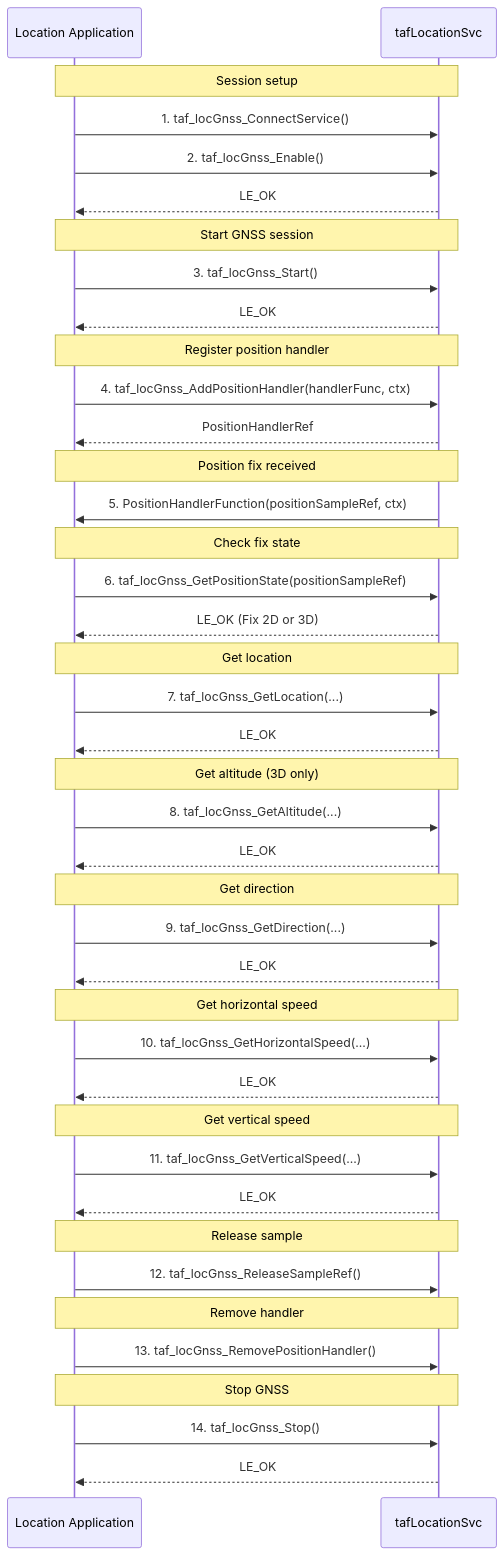
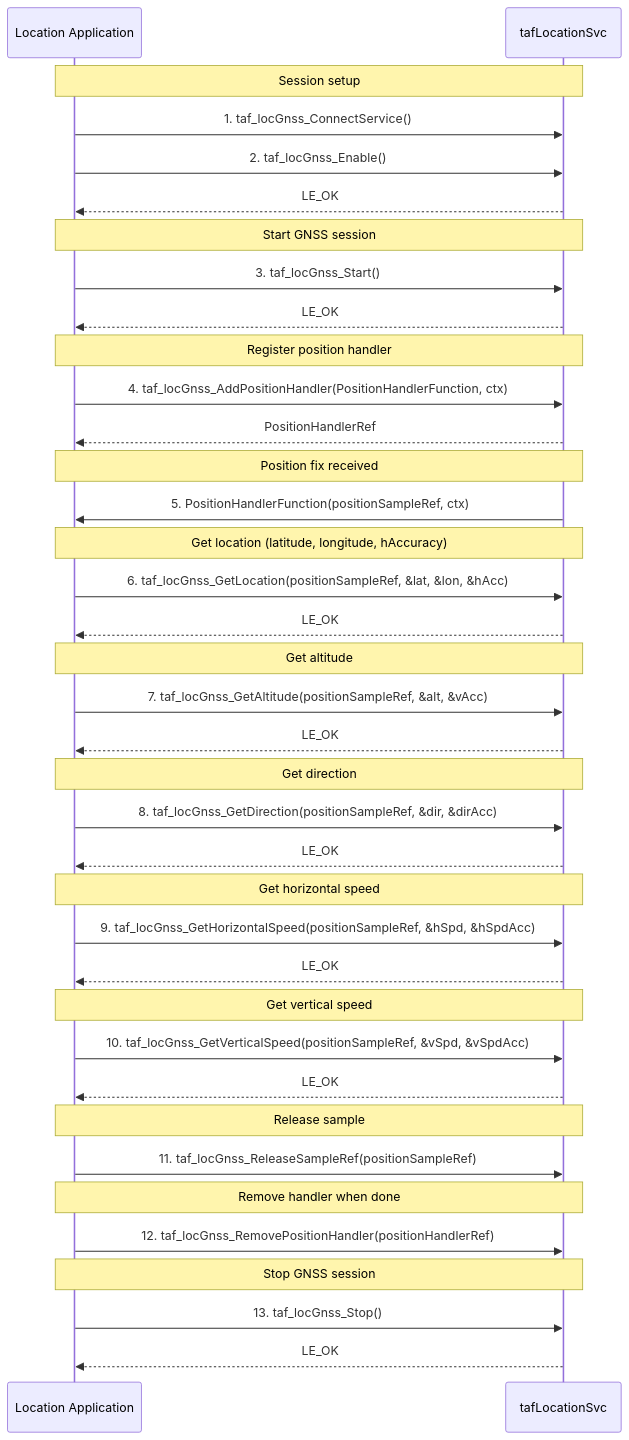
One commit to CodeLinaro-mirror/le_platform_TelAF changed the diagram in doc/rst/locGnss.rst. Above: the diagram before and after it, drawn with Mermaid. The commit also changed other lines of this file and 6 other files, not shown here.

Commit message:
doc: Add Mermaid call flow diagrams for managed services

```diff
--- a/doc/rst/locGnss.rst
+++ b/doc/rst/locGnss.rst
@@ -12,55 +12,51 @@
-.. mermaid::
+  .. mermaid::
 
-   sequenceDiagram
-       participant App as Location Application
-       participant Svc as tafLocationSvc
+    sequenceDiagram
+        participant App as Location Application
+        participant Svc as tafLocationSvc
 
-       Note over App,Svc: Session setup
-       App->>Svc: 1. taf_locGnss_ConnectService()
-       App->>Svc: 2. taf_locGnss_Enable()
-       Svc-->>App: LE_OK
+        Note over App,Svc: Session setup
+        App->>Svc: 1. taf_locGnss_ConnectService()
+        App->>Svc: 2. taf_locGnss_Enable()
+        Svc-->>App: LE_OK
 
-       Note over App,Svc: Start GNSS session
-       App->>Svc: 3. taf_locGnss_Start()
-       Svc-->>App: LE_OK
+        Note over App,Svc: Start GNSS session
+        App->>Svc: 3. taf_locGnss_Start()
+        Svc-->>App: LE_OK
 
-       Note over App,Svc: Register position handler
-       App->>Svc: 4. taf_locGnss_AddPositionHandler(handlerFunc, ctx)
-       Svc-->>App: PositionHandlerRef
+        Note over App,Svc: Register position handler
+        App->>Svc: 4. taf_locGnss_AddPositionHandler(PositionHandlerFunction, ctx)
+        Svc-->>App: PositionHandlerRef
 
-       Note over App,Svc: Position fix received
-       Svc->>App: 5. PositionHandlerFunction(positionSampleRef, ctx)
+        Note over App,Svc: Position fix received
+        Svc->>App: 5. PositionHandlerFunction(positionSampleRef, ctx)
 
-       Note over App,Svc: Check fix state
-       App->>Svc: 6. taf_locGnss_GetPositionState(positionSampleRef)
-       Svc-->>App: LE_OK (Fix 2D or 3D)
+        Note over App,Svc: Get location (latitude, longitude, hAccuracy)
+        App->>Svc: 6. taf_locGnss_GetLocation(positionSampleRef, &lat, &lon, &hAcc)
+        Svc-->>App: LE_OK
 
-       Note over App,Svc: Get location
-       App->>Svc: 7. taf_locGnss_GetLocation(...)
-       Svc-->>App: LE_OK
+        Note over App,Svc: Get altitude
+        App->>Svc: 7. taf_locGnss_GetAltitude(positionSampleRef, &alt, &vAcc)
+        Svc-->>App: LE_OK
 
-       Note over App,Svc: Get altitude (3D only)
-       App->>Svc: 8. taf_locGnss_GetAltitude(...)
-       Svc-->>App: LE_OK
+        Note over App,Svc: Get direction
+        App->>Svc: 8. taf_locGnss_GetDirection(positionSampleRef, &dir, &dirAcc)
+        Svc-->>App: LE_OK
 
-       Note over App,Svc: Get direction
-       App->>Svc: 9. taf_locGnss_GetDirection(...)
-       Svc-->>App: LE_OK
+        Note over App,Svc: Get horizontal speed
+        App->>Svc: 9. taf_locGnss_GetHorizontalSpeed(positionSampleRef, &hSpd, &hSpdAcc)
+        Svc-->>App: LE_OK
 
-       Note over App,Svc: Get horizontal speed
-       App->>Svc: 10. taf_locGnss_GetHorizontalSpeed(...)
-       Svc-->>App: LE_OK
+        Note over App,Svc: Get vertical speed
+        App->>Svc: 10. taf_locGnss_GetVerticalSpeed(positionSampleRef, &vSpd, &vSpdAcc)
+        Svc-->>App: LE_OK
 
-       Note over App,Svc: Get vertical speed
-       App->>Svc: 11. taf_locGnss_GetVerticalSpeed(...)
-       Svc-->>App: LE_OK
+        Note over App,Svc: Release sample
+        App->>Svc: 11. taf_locGnss_ReleaseSampleRef(positionSampleRef)
 
-       Note over App,Svc: Release sample
-       App->>Svc: 12. taf_locGnss_ReleaseSampleRef()
+        Note over App,Svc: Remove handler when done
+        App->>Svc: 12. taf_locGnss_RemovePositionHandler(positionHandlerRef)
 
-       Note over App,Svc: Remove handler
-       App->>Svc: 13. taf_locGnss_RemovePositionHandler()
-
-       Note over App,Svc: Stop GNSS
-       App->>Svc: 14. taf_locGnss_Stop()
-       Svc-->>App: LE_OK
+        Note over App,Svc: Stop GNSS session
+        App->>Svc: 13. taf_locGnss_Stop()
+        Svc-->>App: LE_OK
```
